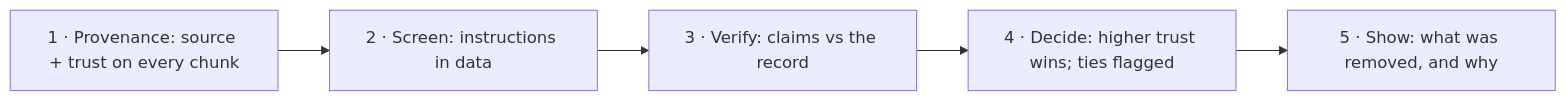
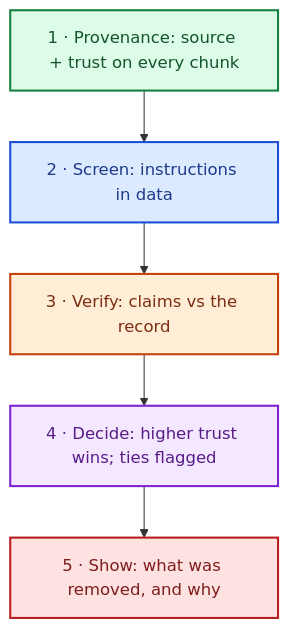
One commit to kk-engineer/robosathi changed the second of 2 diagrams in content/en/docs/agentic_ai/context_management.md. Above: the diagram before and after it, drawn with Mermaid. The commit also changed 15 other files, not shown here.

First line of the commit message:
perf: Lighter pages and on-demand loading; legible flow diagrams

````diff
--- a/content/en/docs/agentic_ai/context_management.md
+++ b/content/en/docs/agentic_ai/context_management.md
@@ -171,4 +171,15 @@
 ```mermaid
-graph LR
+graph TD
     P["1 · Provenance: source + trust on every chunk"] --> S["2 · Screen: instructions in data"] --> V["3 · Verify: claims vs the record"] --> D["4 · Decide: higher trust wins; ties flagged"] --> SH["5 · Show: what was removed, and why"]
+    classDef c1 fill:#dcfce7,stroke:#15803d,stroke-width:2px,color:#14532d
+    classDef c2 fill:#dbeafe,stroke:#1d4ed8,stroke-width:2px,color:#1e3a8a
+    classDef c3 fill:#ffedd5,stroke:#c2410c,stroke-width:2px,color:#7c2d12
+    classDef c4 fill:#f3e8ff,stroke:#7e22ce,stroke-width:2px,color:#581c87
+    classDef c5 fill:#fee2e2,stroke:#b91c1c,stroke-width:2px,color:#7f1d1d
+    classDef c6 fill:#ccfbf1,stroke:#0f766e,stroke-width:2px,color:#134e4a
+    class P c1
+    class S c2
+    class V c3
+    class D c4
+    class SH c5
 ```
````
